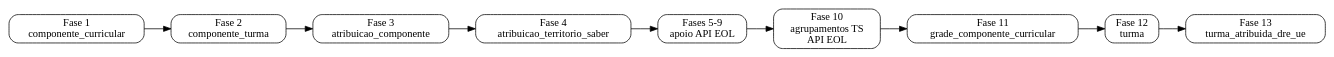
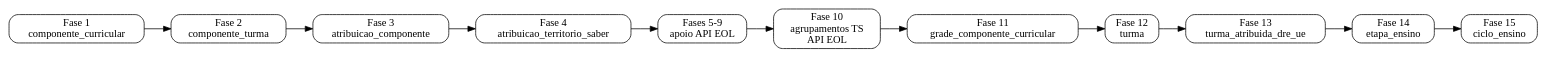
Before and after one commit to prefeiturasp/SME-IntegracaoEOL-MS-ETL: the diagram in docs/dominios/pedagogico/ordem_carga.md, drawn with Graphviz. The commit also changed other lines of this file and 29 other files, not shown here.

````diff
--- a/docs/dominios/pedagogico/ordem_carga.md
+++ b/docs/dominios/pedagogico/ordem_carga.md
@@ -43,18 +47,20 @@
 ```{graphviz}
 digraph G {
     rankdir=LR;
     node [shape=box, style="rounded"];
 
     F1 [label="Fase 1\ncomponente_curricular"];
     F2 [label="Fase 2\ncomponente_turma"];
     F3 [label="Fase 3\natribuicao_componente"];
     F4 [label="Fase 4\natribuicao_territorio_saber"];
     F5 [label="Fases 5-9\napoio API EOL"];
     F10 [label="Fase 10\nagrupamentos TS\nAPI EOL"];
     F11 [label="Fase 11\ngrade_componente_curricular"];
     F12 [label="Fase 12\nturma"];
     F13 [label="Fase 13\nturma_atribuida_dre_ue"];
+    F14 [label="Fase 14\netapa_ensino"];
+    F15 [label="Fase 15\nciclo_ensino"];
 
-    F1 -> F2 -> F3 -> F4 -> F5 -> F10 -> F11 -> F12 -> F13;
+    F1 -> F2 -> F3 -> F4 -> F5 -> F10 -> F11 -> F12 -> F13 -> F14 -> F15;
 }
 ```
````
